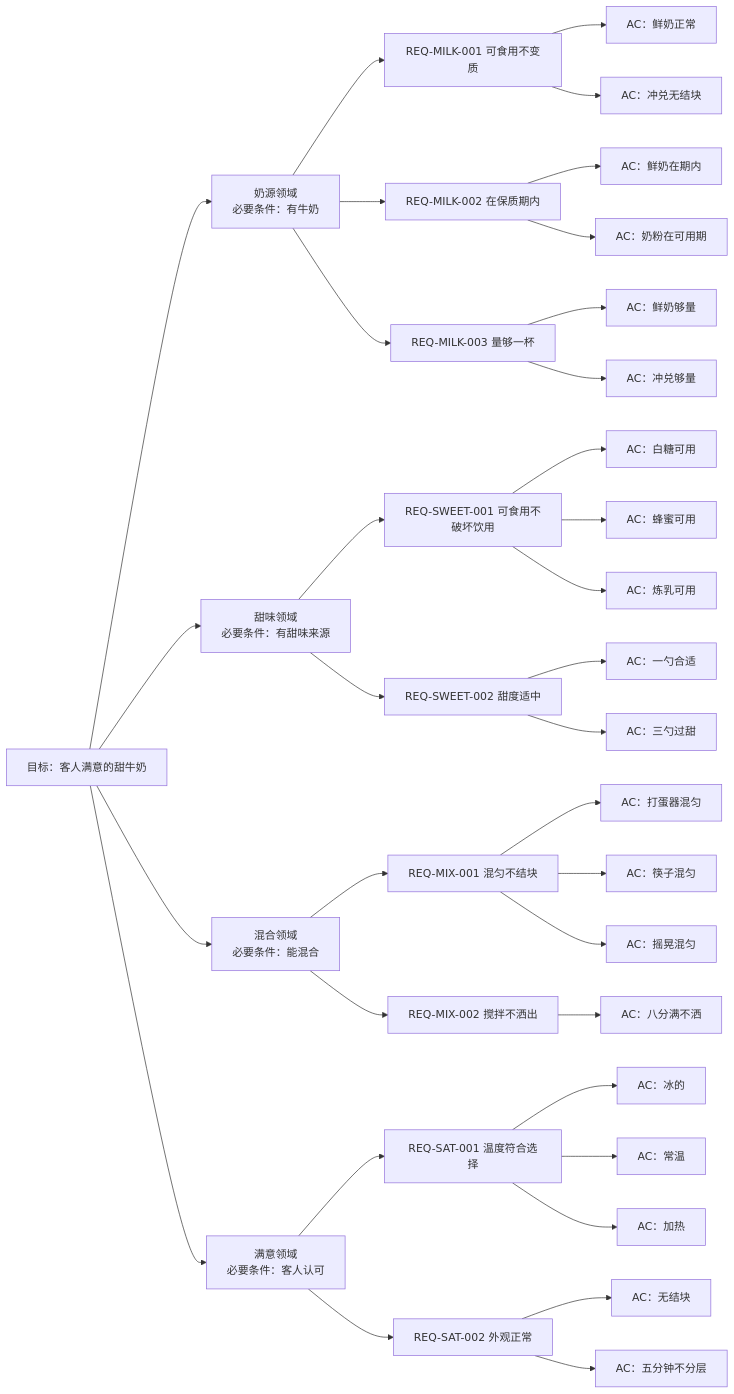
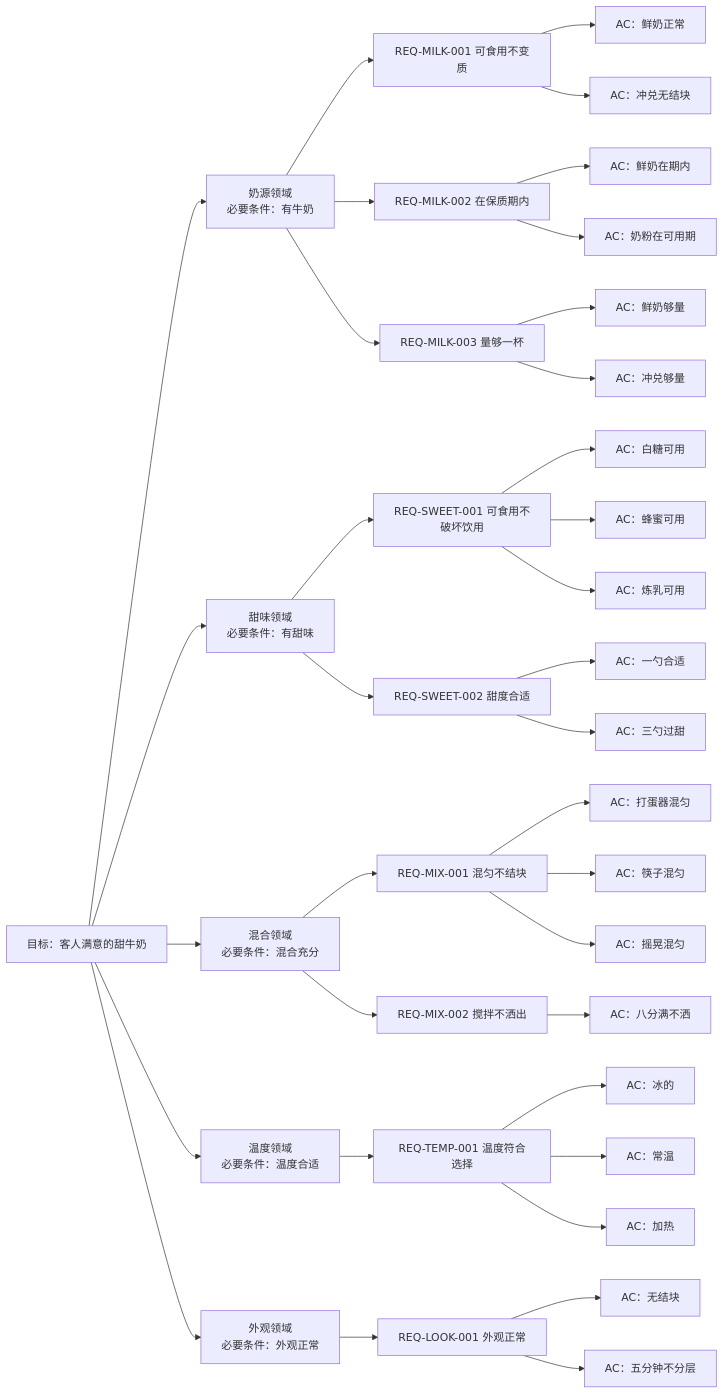
Before and after one commit to morewhyhan/Ignite: the second of 2 diagrams in docs/GOAL.md, drawn with Mermaid. The commit also changed other lines of this file and 1 other file, not shown here.

````diff
--- a/docs/GOAL.md
+++ b/docs/GOAL.md
@@ -236,70 +239,72 @@
 ```mermaid
 flowchart LR
   G["目标：客人满意的甜牛奶"]
   D1["奶源领域<br/>必要条件：有牛奶"]
-  D2["甜味领域<br/>必要条件：有甜味来源"]
-  D3["混合领域<br/>必要条件：能混合"]
-  D4["满意领域<br/>必要条件：客人认可"]
+  D2["甜味领域<br/>必要条件：有甜味"]
+  D3["混合领域<br/>必要条件：混合充分"]
+  D4["温度领域<br/>必要条件：温度合适"]
+  D5["外观领域<br/>必要条件：外观正常"]
   G --> D1
   G --> D2
   G --> D3
   G --> D4
+  G --> D5
   R11["REQ-MILK-001 可食用不变质"]
   R12["REQ-MILK-002 在保质期内"]
   R13["REQ-MILK-003 量够一杯"]
   R21["REQ-SWEET-001 可食用不破坏饮用"]
-  R22["REQ-SWEET-002 甜度适中"]
+  R22["REQ-SWEET-002 甜度合适"]
   R31["REQ-MIX-001 混匀不结块"]
   R32["REQ-MIX-002 搅拌不洒出"]
-  R41["REQ-SAT-001 温度符合选择"]
-  R42["REQ-SAT-002 外观正常"]
+  R41["REQ-TEMP-001 温度符合选择"]
+  R51["REQ-LOOK-001 外观正常"]
   D1 --> R11
   D1 --> R12
   D1 --> R13
   D2 --> R21
   D2 --> R22
   D3 --> R31
   D3 --> R32
   D4 --> R41
-  D4 --> R42
+  D5 --> R51
   A1["AC：鲜奶正常"]
   A2["AC：冲兑无结块"]
   A3["AC：鲜奶在期内"]
   A4["AC：奶粉在可用期"]
   A5["AC：鲜奶够量"]
   A6["AC：冲兑够量"]
   A7["AC：白糖可用"]
   A8["AC：蜂蜜可用"]
   A9["AC：炼乳可用"]
   A10["AC：一勺合适"]
   A11["AC：三勺过甜"]
   A12["AC：打蛋器混匀"]
   A13["AC：筷子混匀"]
   A14["AC：摇晃混匀"]
   A15["AC：八分满不洒"]
   A16["AC：冰的"]
   A17["AC：常温"]
   A18["AC：加热"]
   A19["AC：无结块"]
   A20["AC：五分钟不分层"]
   R11 --> A1
   R11 --> A2
   R12 --> A3
   R12 --> A4
   R13 --> A5
   R13 --> A6
   R21 --> A7
   R21 --> A8
   R21 --> A9
   R22 --> A10
   R22 --> A11
   R31 --> A12
   R31 --> A13
   R31 --> A14
   R32 --> A15
   R41 --> A16
   R41 --> A17
   R41 --> A18
-  R42 --> A19
-  R42 --> A20
+  R51 --> A19
+  R51 --> A20
 ```
````
